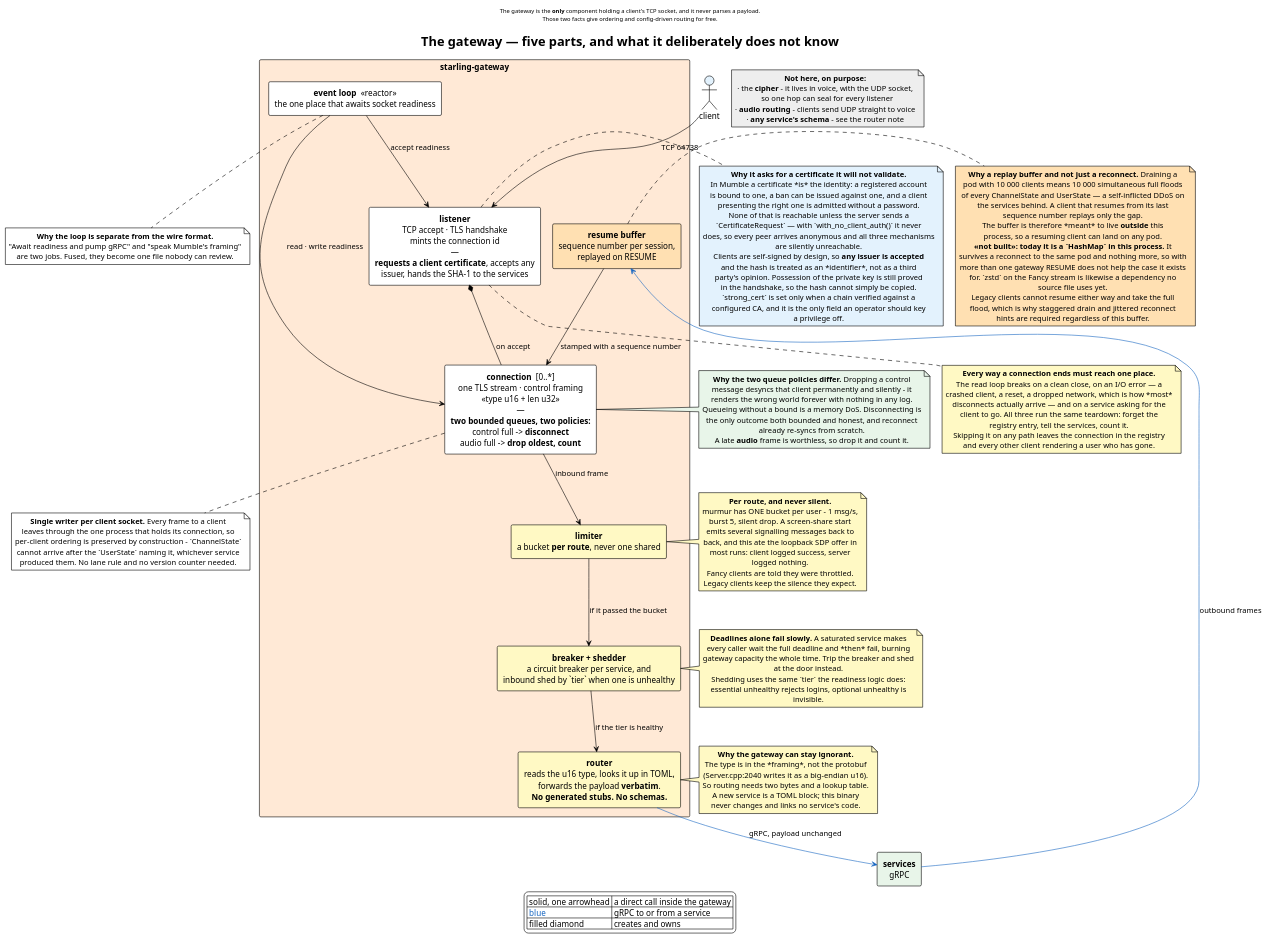
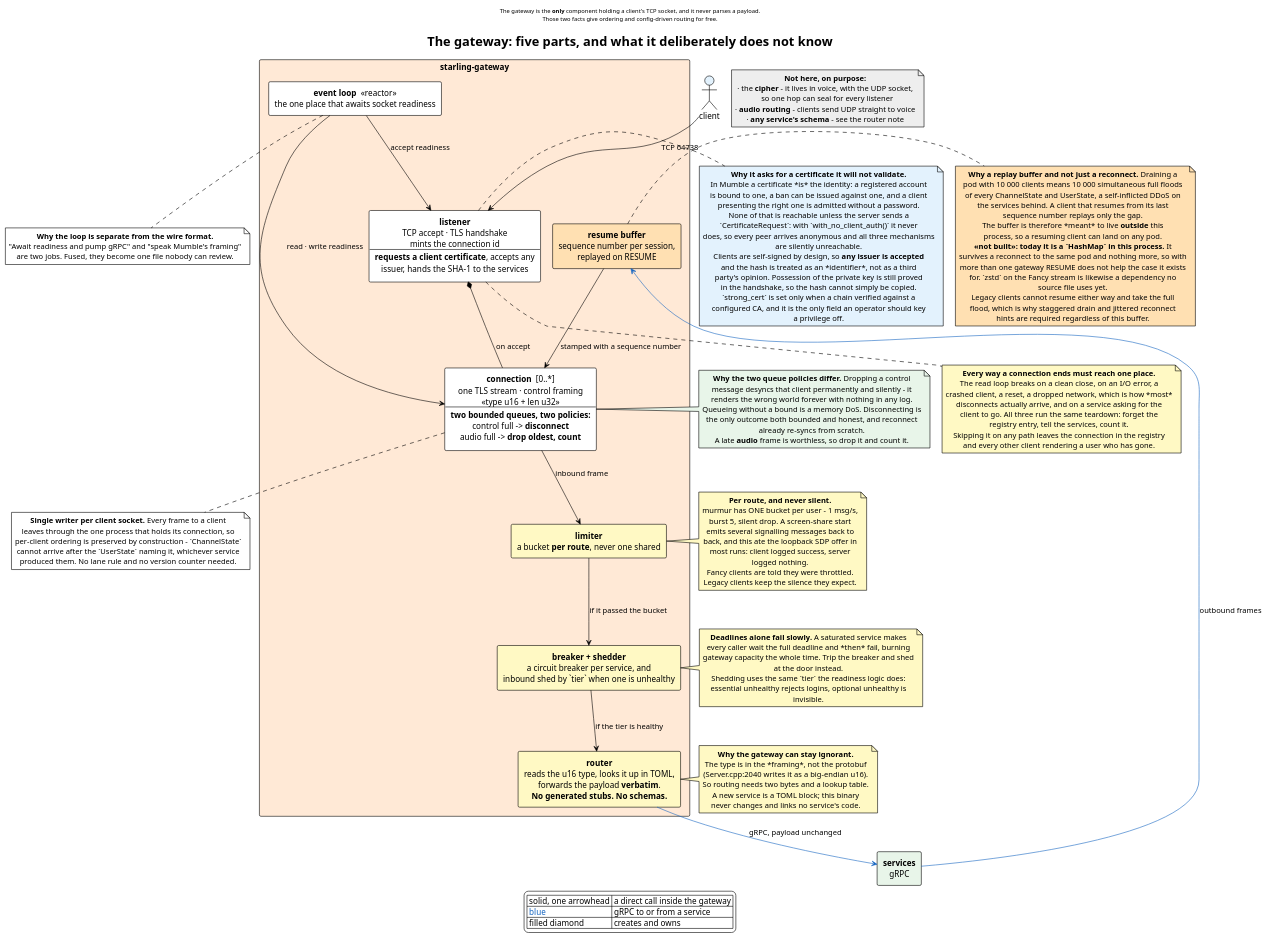
The diagram in docs/diagrams/gateway-internals.puml (Fancy-Mumble/starling), drawn with PlantUML before and after one commit. The commit also changed 219 other files, not shown here.

```diff
--- a/docs/diagrams/gateway-internals.puml
+++ b/docs/diagrams/gateway-internals.puml
@@ -1,157 +1,157 @@
 @startuml gateway-internals
 !theme plain
 skinparam componentStyle rectangle
 skinparam shadowing false
 skinparam nodesep 20
 skinparam ranksep 48
 skinparam defaultTextAlignment center
 skinparam packageStyle rectangle
 
-title The gateway — five parts, and what it deliberately does not know
+title The gateway: five parts, and what it deliberately does not know
 
 header
 The gateway is the <b>only</b> component holding a client's TCP socket, and it never parses a payload.
 Those two facts give ordering and config-driven routing for free.
 endheader
 
 actor "client" as client #E3F2FD
 component "**services**\ngRPC" as svc #E8F5E9
 
 package "starling-gateway" as GW #FFE9D6 {
   component "**event loop**  «reactor»\nthe one place that awaits socket readiness" as loop #FFFFFF
-  component "**listener**\nTCP accept · TLS handshake\nmints the connection id\n—\n**requests a client certificate**, accepts any\nissuer, hands the SHA-1 to the services" as listener #FFFFFF
-  component "**connection**  [0..*]\none TLS stream · control framing\n«type u16 + len u32»\n—\n**two bounded queues, two policies:**\ncontrol full -> **disconnect**\naudio full -> **drop oldest, count**" as conn #FFFFFF
+  component "**listener**\nTCP accept · TLS handshake\nmints the connection id\n--\n**requests a client certificate**, accepts any\nissuer, hands the SHA-1 to the services" as listener #FFFFFF
+  component "**connection**  [0..*]\none TLS stream · control framing\n«type u16 + len u32»\n--\n**two bounded queues, two policies:**\ncontrol full -> **disconnect**\naudio full -> **drop oldest, count**" as conn #FFFFFF
   component "**router**\nreads the u16 type, looks it up in TOML,\nforwards the payload **verbatim**.\n**No generated stubs. No schemas.**" as router #FFF9C4
   component "**limiter**\na bucket **per route**, never one shared" as lim #FFF9C4
   component "**breaker + shedder**\na circuit breaker per service, and\ninbound shed by `tier` when one is unhealthy" as brk #FFF9C4
   component "**resume buffer**\nsequence number per session,\nreplayed on RESUME" as res #FFE0B2
 }
 
 client -down-> listener : TCP 64738
 listener *-- conn : on accept
 loop --> listener : accept readiness
 loop --> conn : read · write readiness
 conn --> lim : inbound frame
 lim --> brk : if it passed the bucket
 brk --> router : if the tier is healthy
 router -[#1565C0]-> svc : gRPC, payload unchanged
 svc -[#1565C0]-> res : outbound frames
 res --> conn : stamped with a sequence number
 
 note right of brk #FFF9C4
   **Deadlines alone fail slowly.** A saturated service makes
   every caller wait the full deadline and *then* fail, burning
   gateway capacity the whole time. Trip the breaker and shed
   at the door instead.
   Shedding uses the same `tier` the readiness logic does:
   essential unhealthy rejects logins, optional unhealthy is
   invisible.
 end note
 
 note right of res #FFE0B2
   **Why a replay buffer and not just a reconnect.** Draining a
   pod with 10 000 clients means 10 000 simultaneous full floods
-  of every ChannelState and UserState — a self-inflicted DDoS on
+  of every ChannelState and UserState, a self-inflicted DDoS on
   the services behind. A client that resumes from its last
   sequence number replays only the gap.
   The buffer is therefore *meant* to live **outside** this
   process, so a resuming client can land on any pod.
   **«not built»: today it is a `HashMap` in this process.** It
   survives a reconnect to the same pod and nothing more, so with
   more than one gateway RESUME does not help the case it exists
   for. `zstd` on the Fancy stream is likewise a dependency no
   source file uses yet.
   Legacy clients cannot resume either way and take the full
   flood, which is why staggered drain and jittered reconnect
   hints are required regardless of this buffer.
 end note
 
 note right of router #FFF9C4
   **Why the gateway can stay ignorant.**
   The type is in the *framing*, not the protobuf
   (Server.cpp:2040 writes it as a big-endian u16).
   So routing needs two bytes and a lookup table.
   A new service is a TOML block; this binary
   never changes and links no service's code.
 end note
 
 note right of lim #FFF9C4
   **Per route, and never silent.**
   murmur has ONE bucket per user - 1 msg/s,
   burst 5, silent drop. A screen-share start
   emits several signalling messages back to
   back, and this ate the loopback SDP offer in
   most runs: client logged success, server
   logged nothing.
   Fancy clients are told they were throttled.
   Legacy clients keep the silence they expect.
 end note
 
 note bottom of conn
   **Single writer per client socket.** Every frame to a client
   leaves through the one process that holds its connection, so
   per-client ordering is preserved by construction - `ChannelState`
   cannot arrive after the `UserState` naming it, whichever service
   produced them. No lane rule and no version counter needed.
 end note
 
 note right of listener #E3F2FD
   **Why it asks for a certificate it will not validate.**
   In Mumble a certificate *is* the identity: a registered account
   is bound to one, a ban can be issued against one, and a client
   presenting the right one is admitted without a password.
   None of that is reachable unless the server sends a
-  `CertificateRequest` — with `with_no_client_auth()` it never
+  `CertificateRequest`: with `with_no_client_auth()` it never
   does, so every peer arrives anonymous and all three mechanisms
   are silently unreachable.
   Clients are self-signed by design, so **any issuer is accepted**
   and the hash is treated as an *identifier*, not as a third
   party's opinion. Possession of the private key is still proved
   in the handshake, so the hash cannot simply be copied.
   `strong_cert` is set only when a chain verified against a
   configured CA, and it is the only field an operator should key
   a privilege off.
 end note
 
 note bottom of loop
   **Why the loop is separate from the wire format.**
   "Await readiness and pump gRPC" and "speak Mumble's framing"
   are two jobs. Fused, they become one file nobody can review.
 end note
 
 note bottom of listener #FFF9C4
   **Every way a connection ends must reach one place.**
-  The read loop breaks on a clean close, on an I/O error — a
+  The read loop breaks on a clean close, on an I/O error, a
   crashed client, a reset, a dropped network, which is how *most*
-  disconnects actually arrive — and on a service asking for the
+  disconnects actually arrive, and on a service asking for the
   client to go. All three run the same teardown: forget the
   registry entry, tell the services, count it.
   Skipping it on any path leaves the connection in the registry
   and every other client rendering a user who has gone.
 end note
 
 note left of conn #E8F5E9
   **Why the two queue policies differ.** Dropping a control
   message desyncs that client permanently and silently - it
   renders the wrong world forever with nothing in any log.
   Queueing without a bound is a memory DoS. Disconnecting is
   the only outcome both bounded and honest, and reconnect
   already re-syncs from scratch.
   A late **audio** frame is worthless, so drop it and count it.
 end note
 
 note as N1 #EEEEEE
   **Not here, on purpose:**
   · the **cipher** - it lives in voice, with the UDP socket,
     so one hop can seal for every listener
   · **audio routing** - clients send UDP straight to voice
   · **any service's schema** - see the router note
 end note
 
 legend bottom
 | solid, one arrowhead | a direct call inside the gateway |
 | <color:#1565C0>blue</color> | gRPC to or from a service |
 | filled diamond | creates and owns |
 endlegend
 
 @enduml
```
